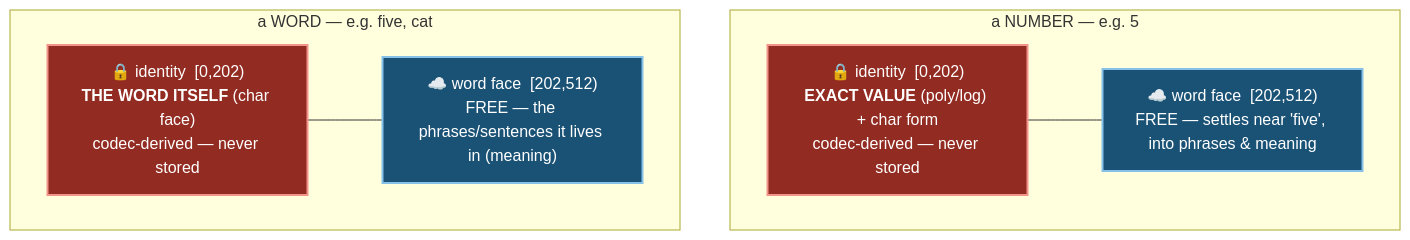
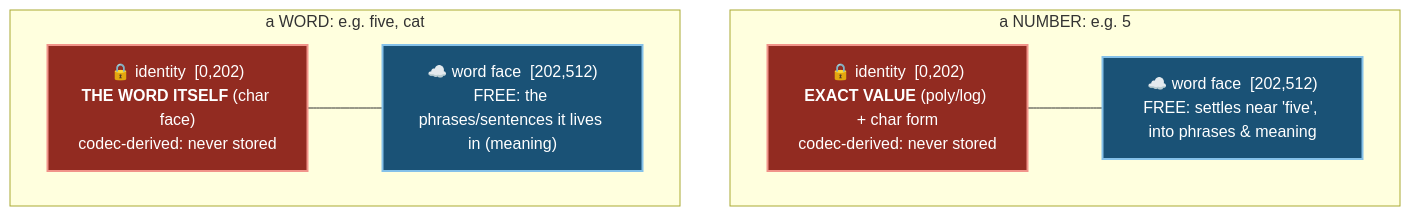
Before and after one commit to EvaluatedApplications/genesis-nova: the third of 5 diagrams in PLATONIC_NUCLEUS.md, drawn with Mermaid. The commit also changed other lines of this file and 13 other files, not shown here.

````diff
--- a/PLATONIC_NUCLEUS.md
+++ b/PLATONIC_NUCLEUS.md
@@ -96,19 +96,19 @@
 ```mermaid
 flowchart TB
-  subgraph NUM["a NUMBER — e.g. 5"]
+  subgraph NUM["a NUMBER: e.g. 5"]
     direction LR
-    n1["🔒 identity&nbsp; [0,202)<br/><b>EXACT VALUE</b> (poly/log) + char form<br/>codec-derived — never stored"]
-    n2["☁️ word face&nbsp; [202,512)<br/>FREE — settles near 'five', into phrases & meaning"]
+    n1["🔒 identity&nbsp; [0,202)<br/><b>EXACT VALUE</b> (poly/log) + char form<br/>codec-derived: never stored"]
+    n2["☁️ word face&nbsp; [202,512)<br/>FREE: settles near 'five', into phrases & meaning"]
     n1 --- n2
   end
-  subgraph TXT["a WORD — e.g. five, cat"]
+  subgraph TXT["a WORD: e.g. five, cat"]
     direction LR
-    t1["🔒 identity&nbsp; [0,202)<br/><b>THE WORD ITSELF</b> (char face)<br/>codec-derived — never stored"]
-    t2["☁️ word face&nbsp; [202,512)<br/>FREE — the phrases/sentences it lives in (meaning)"]
+    t1["🔒 identity&nbsp; [0,202)<br/><b>THE WORD ITSELF</b> (char face)<br/>codec-derived: never stored"]
+    t2["☁️ word face&nbsp; [202,512)<br/>FREE: the phrases/sentences it lives in (meaning)"]
     t1 --- t2
   end
   classDef nuc fill:#922b21,color:#ffffff,stroke:#f1948a,stroke-width:2px;
   classDef free fill:#1a5276,color:#ffffff,stroke:#85c1e9,stroke-width:2px;
   class n1,t1 nuc;
   class n2,t2 free;
 ```
````
